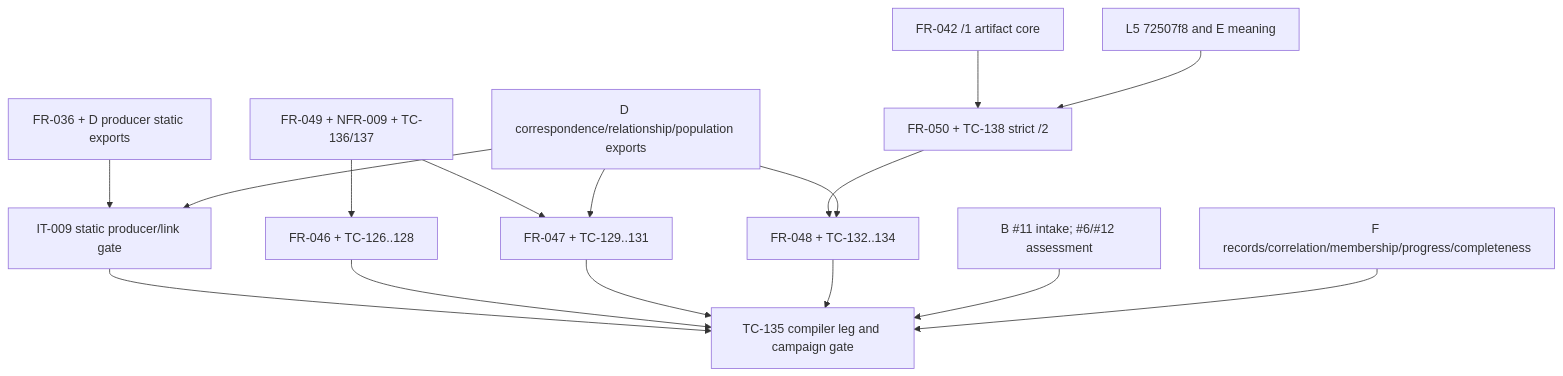
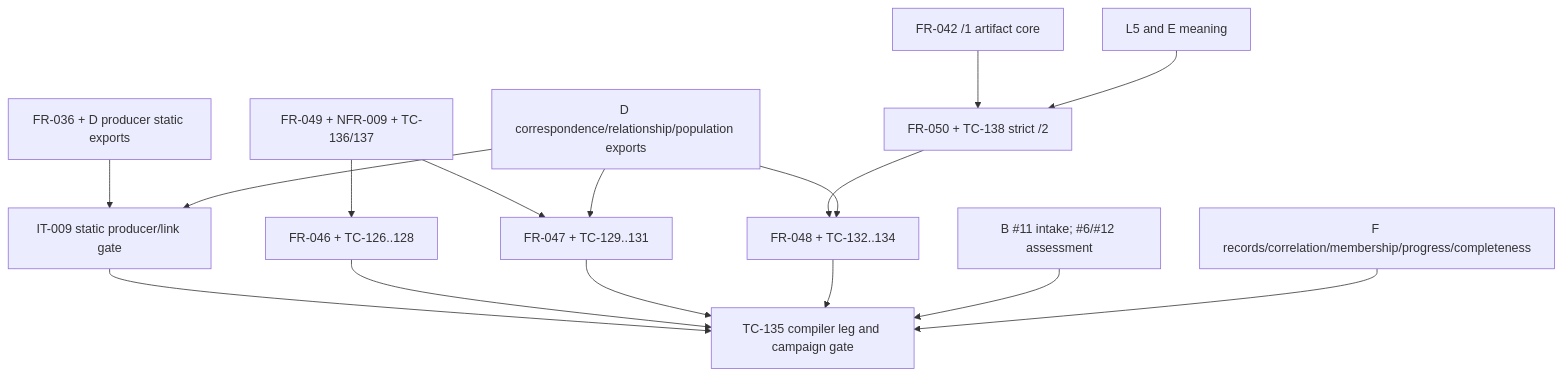
Before and after one commit to agent-ix/quire-spec-language: the second of 2 diagrams in spec/reviews/core-language/dependency.md, drawn with Mermaid. The commit also changed other lines of this file and 380 other files, not shown here.

````diff
--- a/spec/reviews/core-language/dependency.md
+++ b/spec/reviews/core-language/dependency.md
@@ -127,18 +127,18 @@
 ```mermaid
 flowchart TD
   Bind[FR-036 + D producer static exports] --> IT009[IT-009 static producer/link gate]
   Core[FR-042 /1 artifact core] --> V2[FR-050 + TC-138 strict /2]
   Input[FR-049 + NFR-009 + TC-136/137] --> Query[FR-046 + TC-126..128]
   Input --> Graph[FR-047 + TC-129..131]
   V2 --> Choreo[FR-048 + TC-132..134]
-  L5[L5 72507f8 and E meaning] --> V2
+  L5[L5 <sha removed> and E meaning] --> V2
   Producer[D correspondence/relationship/population exports] --> IT009
   Producer --> Graph
   Producer --> Choreo
   IT009 --> Handoff[TC-135 compiler leg and campaign gate]
   Query --> Handoff
   Graph --> Handoff
   Choreo --> Handoff
   B[B #11 intake; #6/#12 assessment] --> Handoff
   F[F records/correlation/membership/progress/completeness] --> Handoff
 ```
````
